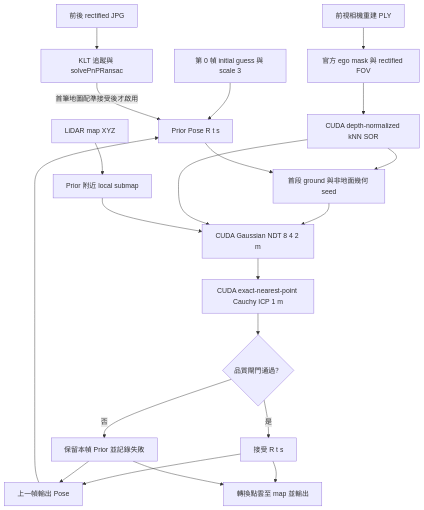
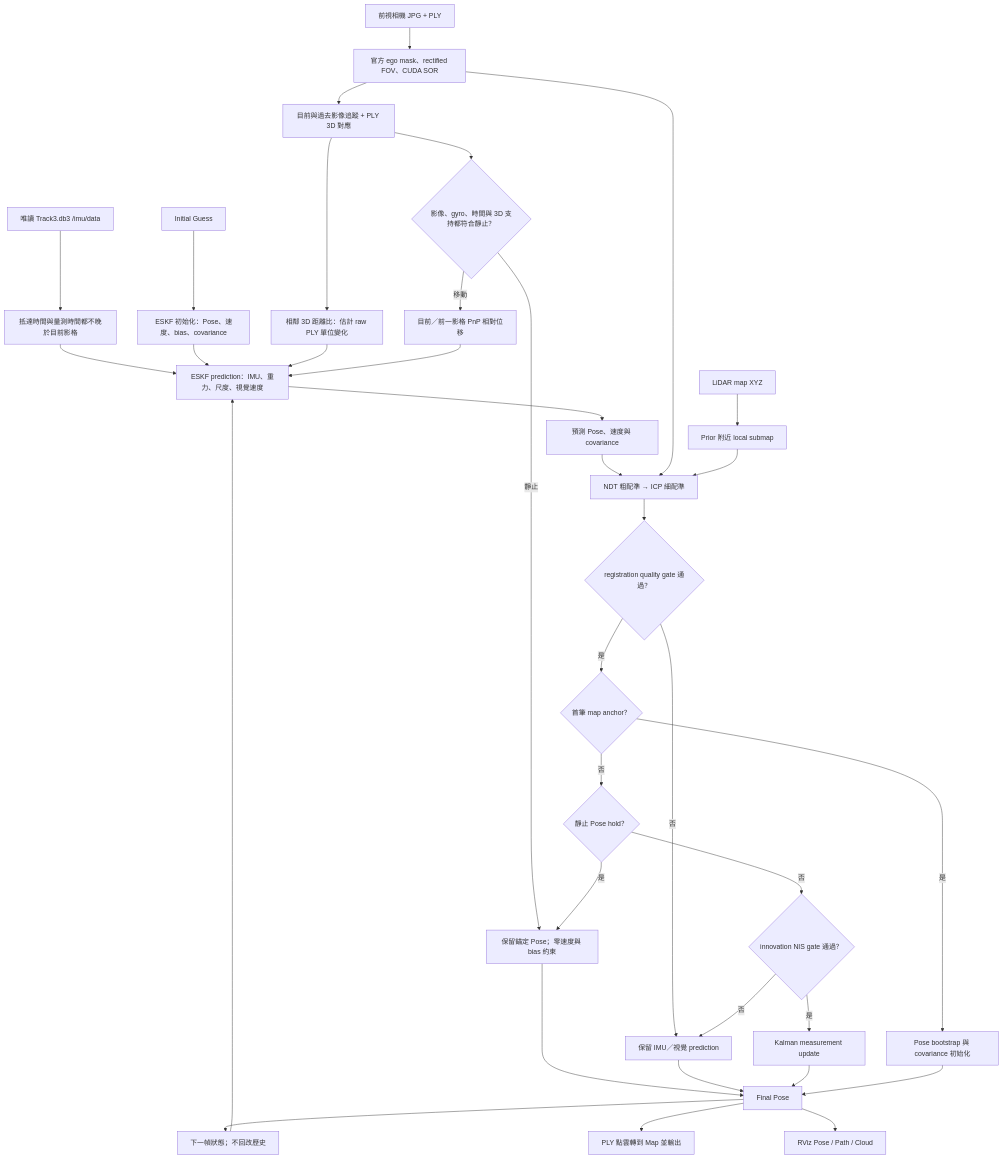
The diagram in midterm01_gpu/README.md (chichunwang/sdc_ros2), drawn with Mermaid before and after one commit. The commit also changed other lines of this file and 35 other files, not shown here.

First line of the commit message:
feat(midterm01_track3) Add IMU sensor by Kalman filter Fix rotation problem and initial position problem

````diff
--- a/midterm01_gpu/README.md
+++ b/midterm01_gpu/README.md
@@ -7,23 +17,37 @@
 ```mermaid
 flowchart TD
-    A[第 0 幀 initial guess 與 scale 3] --> B[Prior Pose R t s]
-    H[上一幀輸出 Pose] --> B
-    I[前後 rectified JPG] --> V[KLT 追蹤與 solvePnPRansac]
-    V -->|首筆地圖配準接受後才啟用| B
-    C[前視相機重建 PLY] --> D[官方 ego mask 與 rectified FOV]
-    D --> E[CUDA depth-normalized kNN SOR]
-    E --> F[首段 ground 與非地面幾何 seed]
+    A[Initial Guess] --> KF[ESKF 初始化：Pose、速度、bias、covariance]
+    I[唯讀 Track3.db3 /imu/data] --> PRE[抵達時間與量測時間都不晚於目前影格]
+    C[前視相機 JPG + PLY] --> D[官方 ego mask、rectified FOV、CUDA SOR]
+    D --> MOT[目前與過去影像追蹤 + PLY 3D 對應]
+    MOT --> SCALE[相鄰 3D 距離比：估計 raw PLY 單位變化]
+    MOT --> REST{影像、gyro、時間與 3D 支持都符合靜止？}
+    PRE --> PRED[ESKF prediction：IMU、重力、尺度、視覺速度]
+    KF --> PRED
+    SCALE --> PRED
+    REST -->|靜止| ZUPT[保留錨定 Pose；零速度與 bias 約束]
+    REST -->|移動| VVEL[目前／前一影格 PnP 相對位移]
+    VVEL --> PRED
+    PRED --> PRIOR[預測 Pose、速度與 covariance]
     M[LiDAR map XYZ] --> S[Prior 附近 local submap]
-    B --> F
-    F --> N[CUDA Gaussian NDT 8 4 2 m]
-    E --> N
-    S --> N
-    N --> P[CUDA exact-nearest-point Cauchy ICP 1 m]
-    P --> Q{品質閘門通過？}
-    Q -->|是| J[接受 R t s]
-    Q -->|否| K[保留本幀 Prior 並記錄失敗]
-    J --> H
-    K --> H
-    J --> R[轉換點雲至 map 並輸出]
-    K --> R
+    PRIOR --> REG[NDT 粗配準 → ICP 細配準]
+    D --> REG
+    S --> REG
+    REG --> Q{registration quality gate 通過？}
+    Q -->|否| HOLD[保留 IMU／視覺 prediction]
+    Q -->|是| FIRST{首筆 map anchor？}
+    FIRST -->|是| BOOT[Pose bootstrap 與 covariance 初始化]
+    FIRST -->|否| LOCK{靜止 Pose hold？}
+    LOCK -->|是| ZUPT
+    LOCK -->|否| NIS{innovation NIS gate 通過？}
+    NIS -->|否| HOLD
+    NIS -->|是| UPD[Kalman measurement update]
+    ZUPT --> POSE[Final Pose]
+    HOLD --> POSE
+    UPD --> POSE
+    BOOT --> POSE
+    POSE --> NEXT[下一幀狀態；不回改歷史]
+    NEXT --> PRED
+    POSE --> R[PLY 點雲轉到 Map 並輸出]
+    POSE --> RVIZ[RViz Pose / Path / Cloud]
 ```
````
